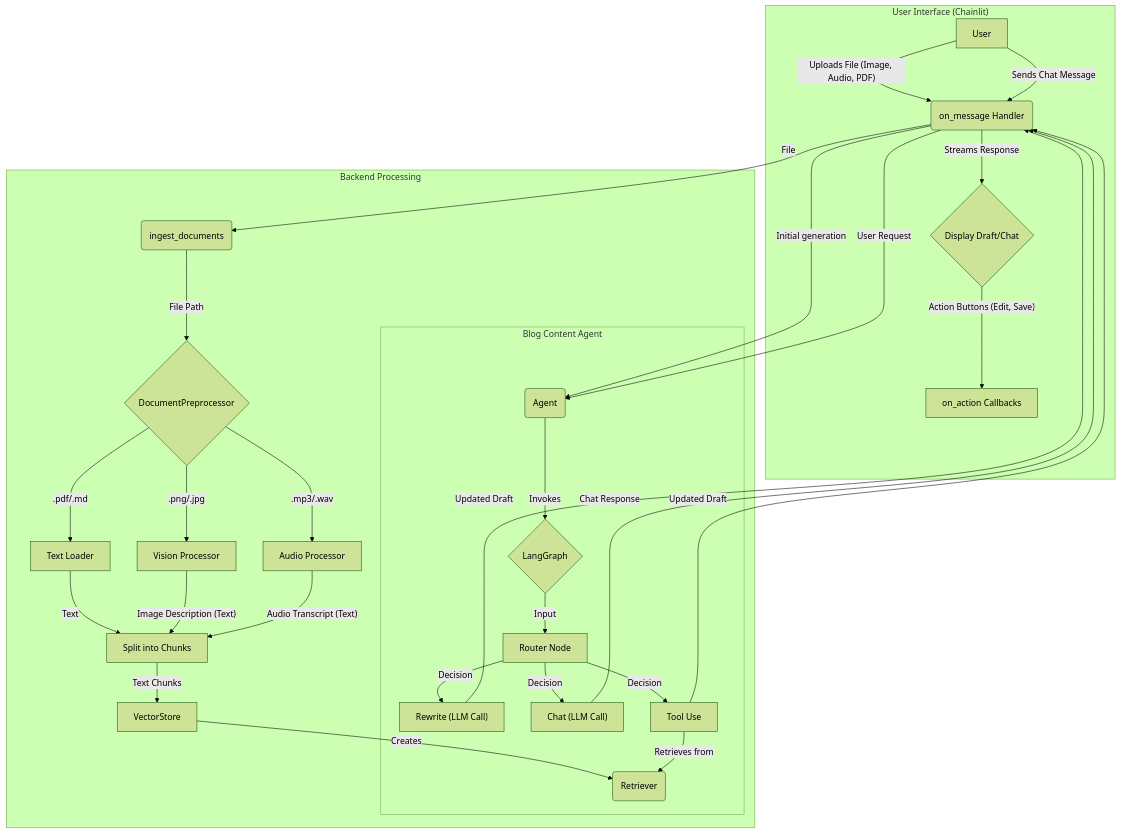
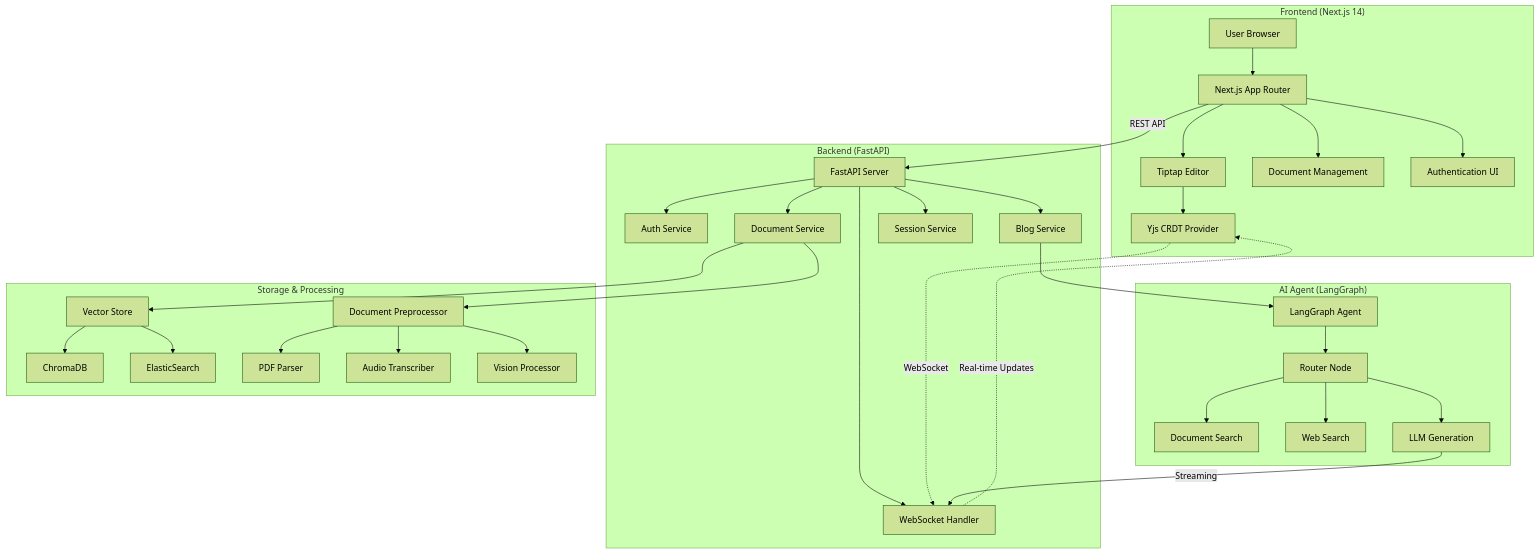
One commit to Wchoi189/blog-creator-agent changed the diagram in README.md. Above: the diagram before and after it, drawn with Mermaid. The commit also changed other lines of this file and 10 other files, not shown here.

````diff
--- a/README.md
+++ b/README.md
@@ -58,44 +30,45 @@
 ```mermaid
 ---
 config:
   theme: 'forest'
 ---
-graph TD
-    subgraph "User Interface (Chainlit)"
-        A[User] -- "Uploads File (Image, Audio, PDF)" --> B(on_message Handler);
-        A -- "Sends Chat Message" --> B;
-        B -- "Streams Response" --> C{Display Draft/Chat};
-        C -- "Action Buttons (Edit, Save)" --> D[on_action Callbacks];
+graph TB
+    subgraph "Frontend (Next.js 14)"
+        A[User Browser] --> B[Next.js App Router];
+        B --> C[Tiptap Editor];
+        C --> D[Yjs CRDT Provider];
+        B --> E[Document Management];
+        B --> F[Authentication UI];
     end
 
-    subgraph "Backend Processing"
-        B -- "File" --> E(ingest_documents);
-        E -- "File Path" --> F{DocumentPreprocessor};
-        F -- ".pdf/.md" --> G[Text Loader];
-        F -- ".png/.jpg" --> H[Vision Processor];
-        F -- ".mp3/.wav" --> I[Audio Processor];
-        
-        G -- "Text" --> J[Split into Chunks];
-        H -- "Image Description (Text)" --> J;
-        I -- "Audio Transcript (Text)" --> J;
-        
-        J -- "Text Chunks" --> K[VectorStore];
-        K -- "Creates" --> L(Retriever);
-        
-        subgraph "Blog Content Agent"
-            M(Agent) -- "Invokes" --> N{LangGraph};
-            N -- "Input" --> O[Router Node];
-            O -- "Decision" --> P["Rewrite (LLM Call)"];
-            O -- "Decision" --> Q["Chat (LLM Call)"];
-            O -- "Decision" --> R["Tool Use"];
-            R -- "Retrieves from" --> L;
-        end
+    subgraph "Backend (FastAPI)"
+        G[FastAPI Server] --> H[Auth Service];
+        G --> I[Document Service];
+        G --> J[Blog Service];
+        G --> K[Session Service];
+        G --> L[WebSocket Handler];
+    end
 
-        B -- "Initial generation" --> M;
-        B -- "User Request" --> M;
+    subgraph "AI Agent (LangGraph)"
+        J --> M[LangGraph Agent];
+        M --> N[Router Node];
+        N --> O[Document Search];
+        N --> P[Web Search];
+        N --> Q[LLM Generation];
+    end
 
-        P -- "Updated Draft" --> B;
-        Q -- "Chat Response" --> B;
-        R -- "Updated Draft" --> B;
+    subgraph "Storage & Processing"
+        I --> R[Vector Store];
+        R --> S[ChromaDB];
+        R --> T[ElasticSearch];
+        I --> U[Document Preprocessor];
+        U --> V[PDF Parser];
+        U --> W[Audio Transcriber];
+        U --> X[Vision Processor];
     end
+
+    D -.->|WebSocket| L;
+    B -->|REST API| G;
+    Q -->|Streaming| L;
+    L -.->|Real-time Updates| D;
 ```
````
